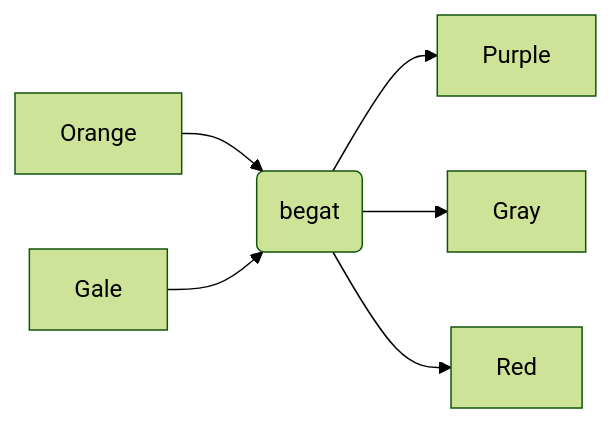
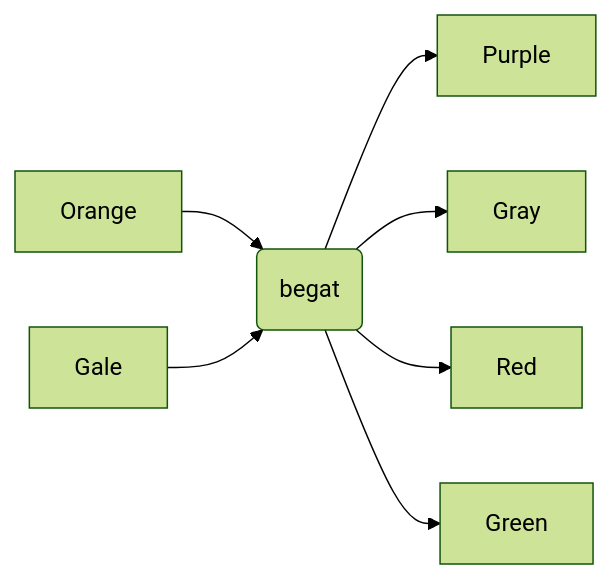
One commit to WuphonsReach/rimworld-notes changed the diagram in plays/BaidaTribe2025/Baida-FamilyTrees.md. Above: the diagram before and after it, drawn with Mermaid (forest theme). The commit also changed 1 other file, not shown here.

Commit message:
Baida 5523

````diff
--- a/plays/BaidaTribe2025/Baida-FamilyTrees.md
+++ b/plays/BaidaTribe2025/Baida-FamilyTrees.md
@@ -5,8 +5,9 @@
 ```mermaid
 flowchart LR
   Orange --> OrangeGale(begat)
   Gale --> OrangeGale(begat)
   OrangeGale --> Purple
   OrangeGale --> Gray
   OrangeGale --> Red
+  OrangeGale --> Green
 ```
````
